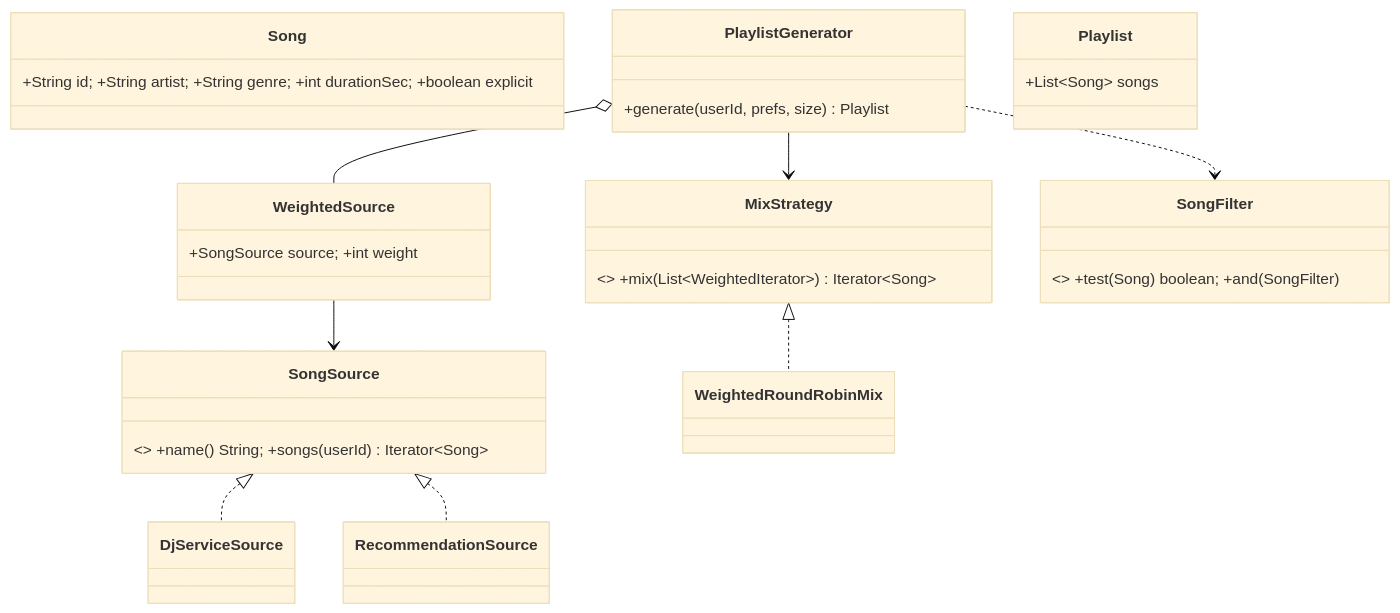
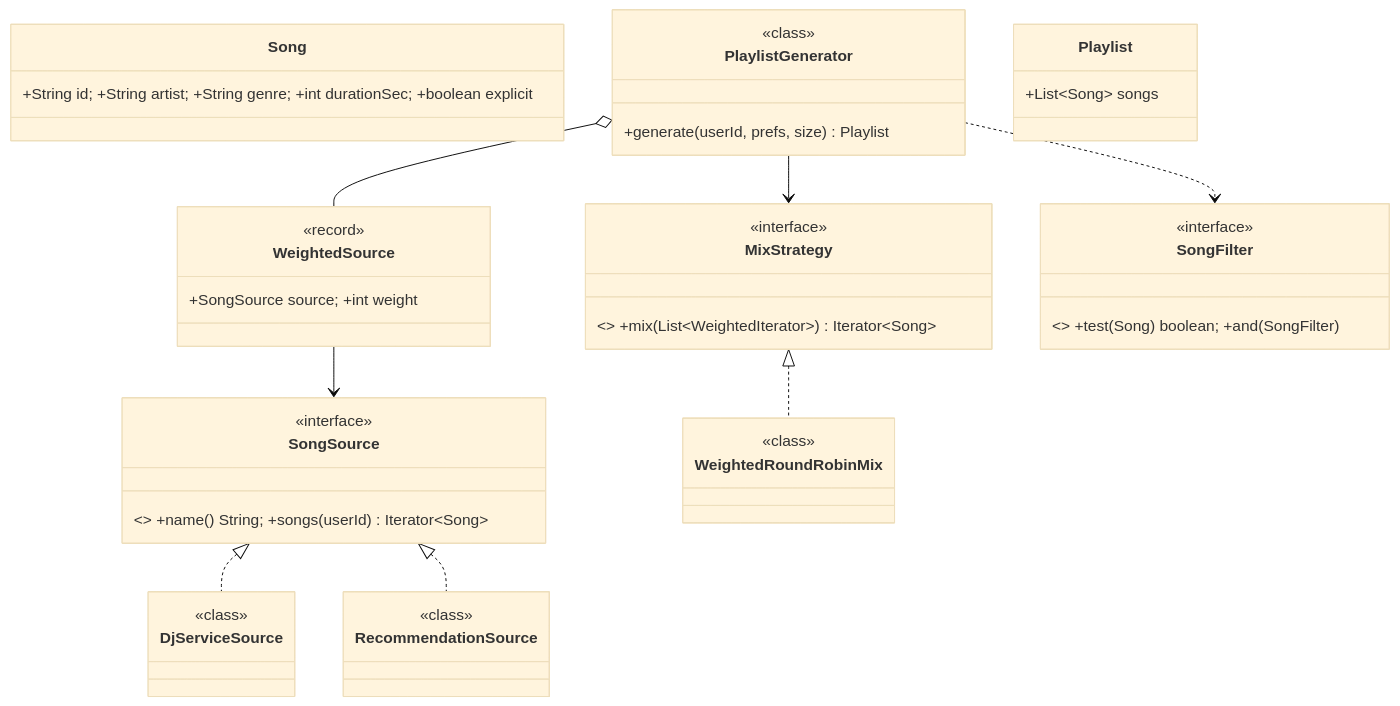
The first of 2 diagrams in system-design/lld/11-playlist-mixer.md (amarkum/amarkumar.guru), drawn with Mermaid (base theme) before and after one commit. The commit also changed 27 other files, not shown here.

Commit message:
Label every UML type as interface, enumeration, abstract, record or class, add missing enums, and colour-code them.

````diff
--- a/system-design/lld/11-playlist-mixer.md
+++ b/system-design/lld/11-playlist-mixer.md
@@ -38,20 +38,41 @@
 ```mermaid
 classDiagram
     class Song { +String id; +String artist; +String genre; +int durationSec; +boolean explicit }
     class SongSource { <<interface>> +name() String; +songs(userId) Iterator~Song~ }
-    class DjServiceSource
-    class RecommendationSource
+    class DjServiceSource {
+      <<class>>
+    }
+    class RecommendationSource {
+      <<class>>
+    }
     class WeightedSource { +SongSource source; +int weight }
     class MixStrategy { <<interface>> +mix(List~WeightedIterator~) Iterator~Song~ }
-    class WeightedRoundRobinMix
+    class WeightedRoundRobinMix {
+      <<class>>
+    }
     class SongFilter { <<interface>> +test(Song) boolean; +and(SongFilter) }
     class PlaylistGenerator { +generate(userId, prefs, size) Playlist }
     class Playlist { +List~Song~ songs }
     SongSource <|.. DjServiceSource
     SongSource <|.. RecommendationSource
     MixStrategy <|.. WeightedRoundRobinMix
     PlaylistGenerator o-- WeightedSource
     PlaylistGenerator --> MixStrategy
     PlaylistGenerator ..> SongFilter
     WeightedSource --> SongSource
+    class SongSource {
+      <<interface>>
+    }
+    class PlaylistGenerator {
+      <<class>>
+    }
+    class SongFilter {
+      <<interface>>
+    }
+    class MixStrategy {
+      <<interface>>
+    }
+    class WeightedSource {
+      <<record>>
+    }
 ```
````
